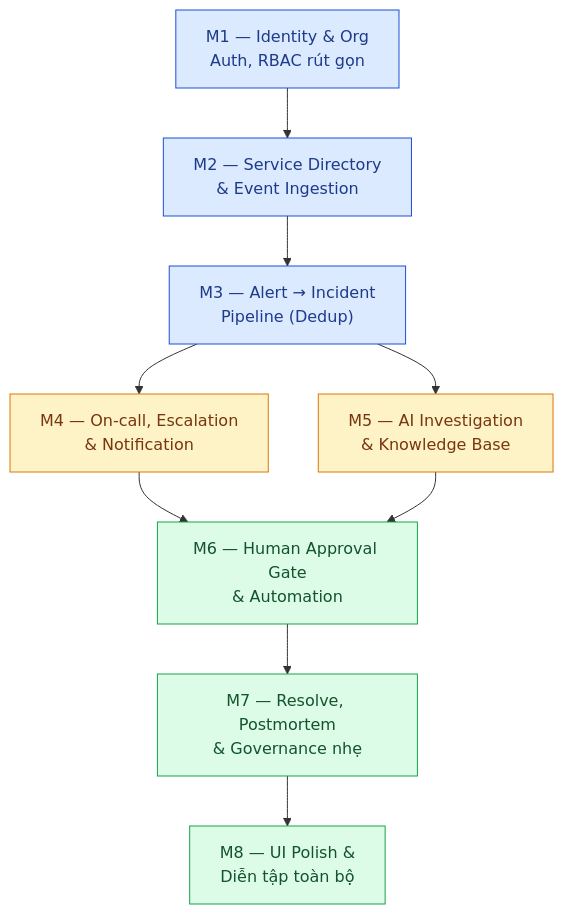
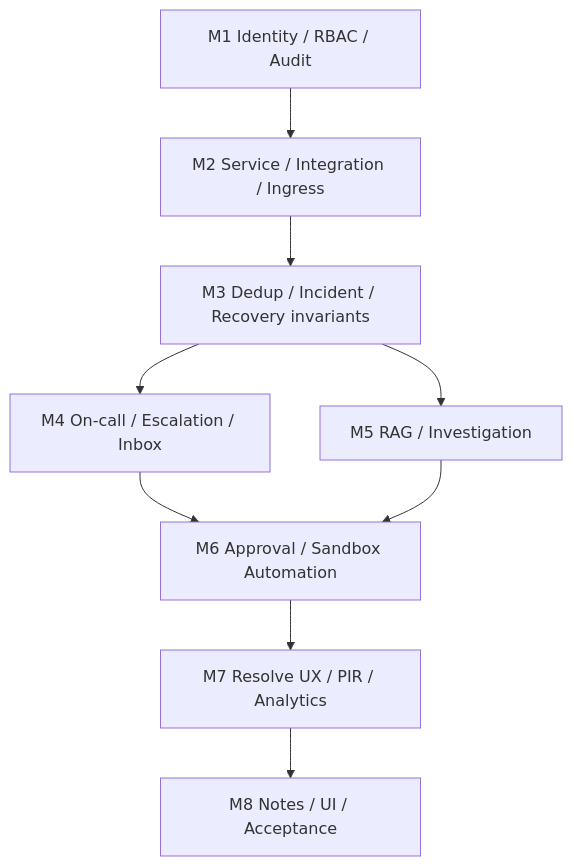
One commit to NguyenBao0305/Intelligent-Incident-Reliability-Operations-Platform changed the first of 5 diagrams in MVP Scope.md. Above: the diagram before and after it, drawn with Mermaid. The commit also changed other lines of this file, not shown here.

````diff
--- a/MVP Scope.md
+++ b/MVP Scope.md
@@ -35,25 +58,11 @@
 ```mermaid
 flowchart TD
-    M1["M1 — Identity & Org<br/>Auth, RBAC rút gọn"]
-    M2["M2 — Service Directory<br/>& Event Ingestion"]
-    M3["M3 — Alert → Incident<br/>Pipeline (Dedup)"]
-    M4["M4 — On-call, Escalation<br/>& Notification"]
-    M5["M5 — AI Investigation<br/>& Knowledge Base"]
-    M6["M6 — Human Approval Gate<br/>& Automation"]
-    M7["M7 — Resolve, Postmortem<br/>& Governance nhẹ"]
-    M8["M8 — UI Polish &<br/>Diễn tập toàn bộ"]
-
-    M1 --> M2 --> M3
-    M3 --> M4
-    M3 --> M5
-    M4 --> M6
+    M1["M1 Identity / RBAC / Audit"] --> M2["M2 Service / Integration / Ingress"]
+    M2 --> M3["M3 Dedup / Incident / Recovery invariants"]
+    M3 --> M4["M4 On-call / Escalation / Inbox"]
+    M3 --> M5["M5 RAG / Investigation"]
+    M4 --> M6["M6 Approval / Sandbox Automation"]
     M5 --> M6
-    M6 --> M7 --> M8
-
-    classDef fase1 fill:#dbeafe,stroke:#1d4ed8,color:#1e3a8a
-    classDef parallel fill:#fef3c7,stroke:#d97706,color:#78350f
-    classDef finish fill:#dcfce7,stroke:#16a34a,color:#14532d
-    class M1,M2,M3 fase1
-    class M4,M5 parallel
-    class M6,M7,M8 finish
+    M6 --> M7["M7 Resolve UX / PIR / Analytics"]
+    M7 --> M8["M8 Notes / UI / Acceptance"]
 ```
````
